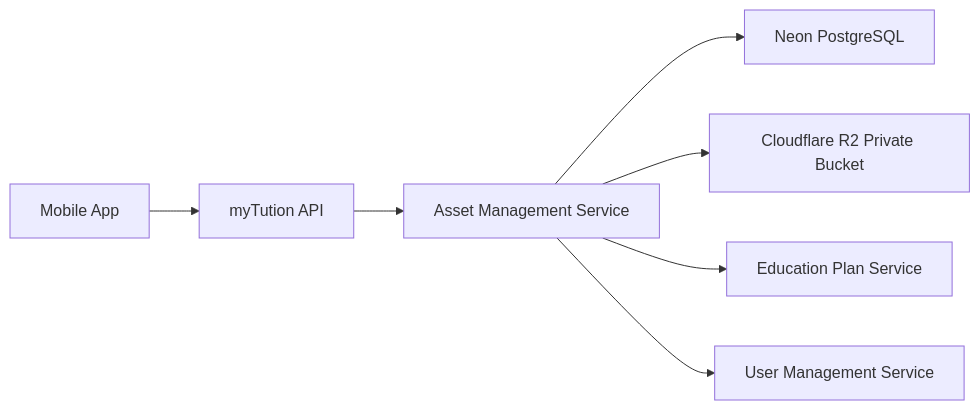
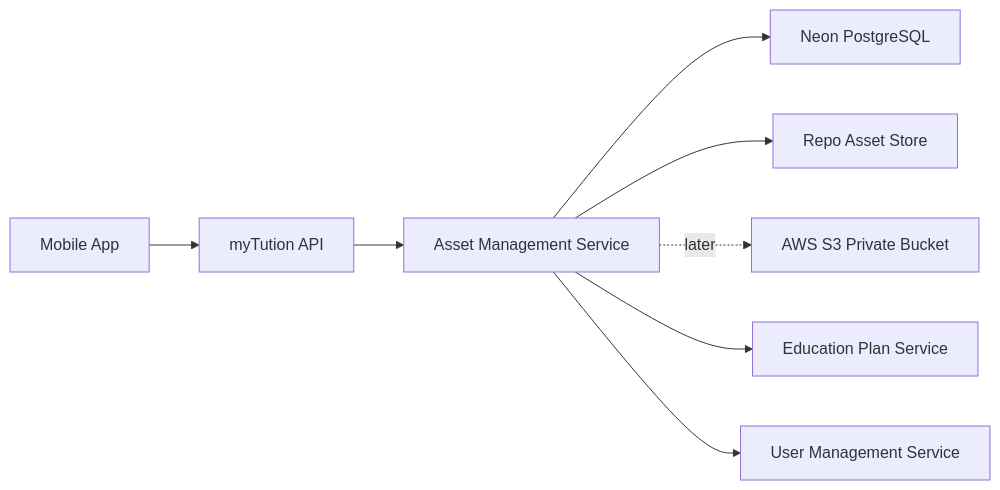
The diagram in outputs/asset_management_spec.md (vikasprasadste/myTution), drawn with Mermaid before and after one commit. The commit also changed other lines of this file, not shown here.

Commit message:
Revise AMS plan for repo-backed MVP storage

````diff
--- a/outputs/asset_management_spec.md
+++ b/outputs/asset_management_spec.md
@@ -35,9 +41,10 @@
 ```mermaid
 flowchart LR
   A["Mobile App"] --> B["myTution API"]
   B --> C["Asset Management Service"]
   C --> D["Neon PostgreSQL"]
-  C --> E["Cloudflare R2 Private Bucket"]
+  C --> E["Repo Asset Store"]
+  C -. later .-> H["AWS S3 Private Bucket"]
   C --> F["Education Plan Service"]
   C --> G["User Management Service"]
 ```
````
